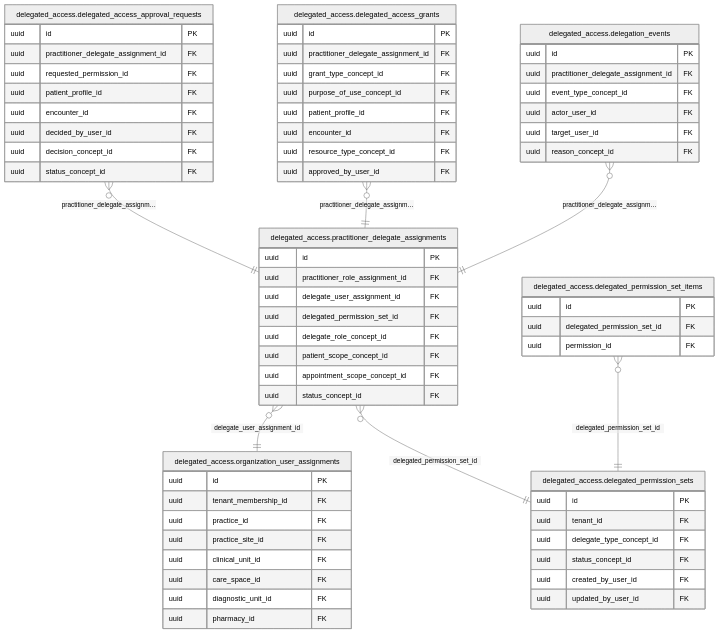
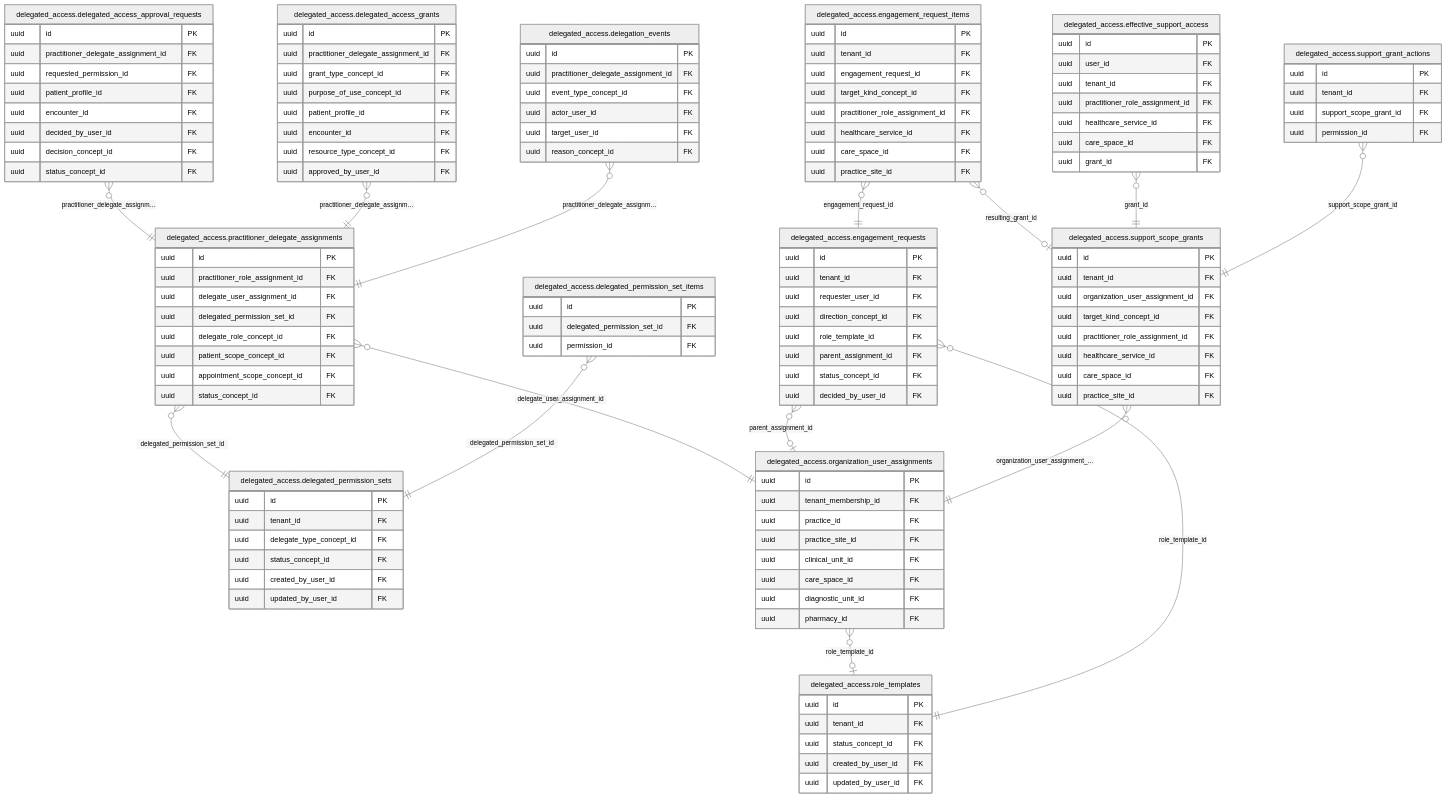
One commit to mdavila-2001/mantra-core-health-api changed the first of 2 diagrams in docs/inventario/catalogo/delegated_access.md. Above: the diagram before and after it, drawn with Mermaid (neutral theme). The commit also changed other lines of this file and 1040 other files, not shown here.

````diff
--- a/docs/inventario/catalogo/delegated_access.md
+++ b/docs/inventario/catalogo/delegated_access.md
@@ -87,10 +95,70 @@
     uuid delegated_permission_set_id FK
     uuid permission_id FK
   }
+  delegated_access_engagement_requests["delegated_access.engagement_requests"] {
+    uuid id PK
+    uuid tenant_id FK
+    uuid requester_user_id FK
+    uuid direction_concept_id FK
+    uuid role_template_id FK
+    uuid parent_assignment_id FK
+    uuid status_concept_id FK
+    uuid decided_by_user_id FK
+  }
+  delegated_access_role_templates["delegated_access.role_templates"] {
+    uuid id PK
+    uuid tenant_id FK
+    uuid status_concept_id FK
+    uuid created_by_user_id FK
+    uuid updated_by_user_id FK
+  }
+  delegated_access_support_scope_grants["delegated_access.support_scope_grants"] {
+    uuid id PK
+    uuid tenant_id FK
+    uuid organization_user_assignment_id FK
+    uuid target_kind_concept_id FK
+    uuid practitioner_role_assignment_id FK
+    uuid healthcare_service_id FK
+    uuid care_space_id FK
+    uuid practice_site_id FK
+  }
+  delegated_access_engagement_request_items["delegated_access.engagement_request_items"] {
+    uuid id PK
+    uuid tenant_id FK
+    uuid engagement_request_id FK
+    uuid target_kind_concept_id FK
+    uuid practitioner_role_assignment_id FK
+    uuid healthcare_service_id FK
+    uuid care_space_id FK
+    uuid practice_site_id FK
+  }
+  delegated_access_effective_support_access["delegated_access.effective_support_access"] {
+    uuid id PK
+    uuid user_id FK
+    uuid tenant_id FK
+    uuid practitioner_role_assignment_id FK
+    uuid healthcare_service_id FK
+    uuid care_space_id FK
+    uuid grant_id FK
+  }
+  delegated_access_support_grant_actions["delegated_access.support_grant_actions"] {
+    uuid id PK
+    uuid tenant_id FK
+    uuid support_scope_grant_id FK
+    uuid permission_id FK
+  }
   delegated_access_delegated_access_approval_requests }o--|| delegated_access_practitioner_delegate_assignments : "practitioner_delegate_assignm…"
   delegated_access_practitioner_delegate_assignments }o--|| delegated_access_organization_user_assignments : "delegate_user_assignment_id"
   delegated_access_practitioner_delegate_assignments }o--|| delegated_access_delegated_permission_sets : "delegated_permission_set_id"
   delegated_access_delegated_access_grants }o--|| delegated_access_practitioner_delegate_assignments : "practitioner_delegate_assignm…"
   delegated_access_delegation_events }o--|| delegated_access_practitioner_delegate_assignments : "practitioner_delegate_assignm…"
+  delegated_access_organization_user_assignments }o--o| delegated_access_role_templates : "role_template_id"
   delegated_access_delegated_permission_set_items }o--|| delegated_access_delegated_permission_sets : "delegated_permission_set_id"
+  delegated_access_engagement_requests }o--|| delegated_access_role_templates : "role_template_id"
+  delegated_access_engagement_requests }o--o| delegated_access_organization_user_assignments : "parent_assignment_id"
+  delegated_access_support_scope_grants }o--|| delegated_access_organization_user_assignments : "organization_user_assignment_…"
+  delegated_access_engagement_request_items }o--|| delegated_access_engagement_requests : "engagement_request_id"
+  delegated_access_engagement_request_items }o--o| delegated_access_support_scope_grants : "resulting_grant_id"
+  delegated_access_effective_support_access }o--|| delegated_access_support_scope_grants : "grant_id"
+  delegated_access_support_grant_actions }o--|| delegated_access_support_scope_grants : "support_scope_grant_id"
 ```
````
